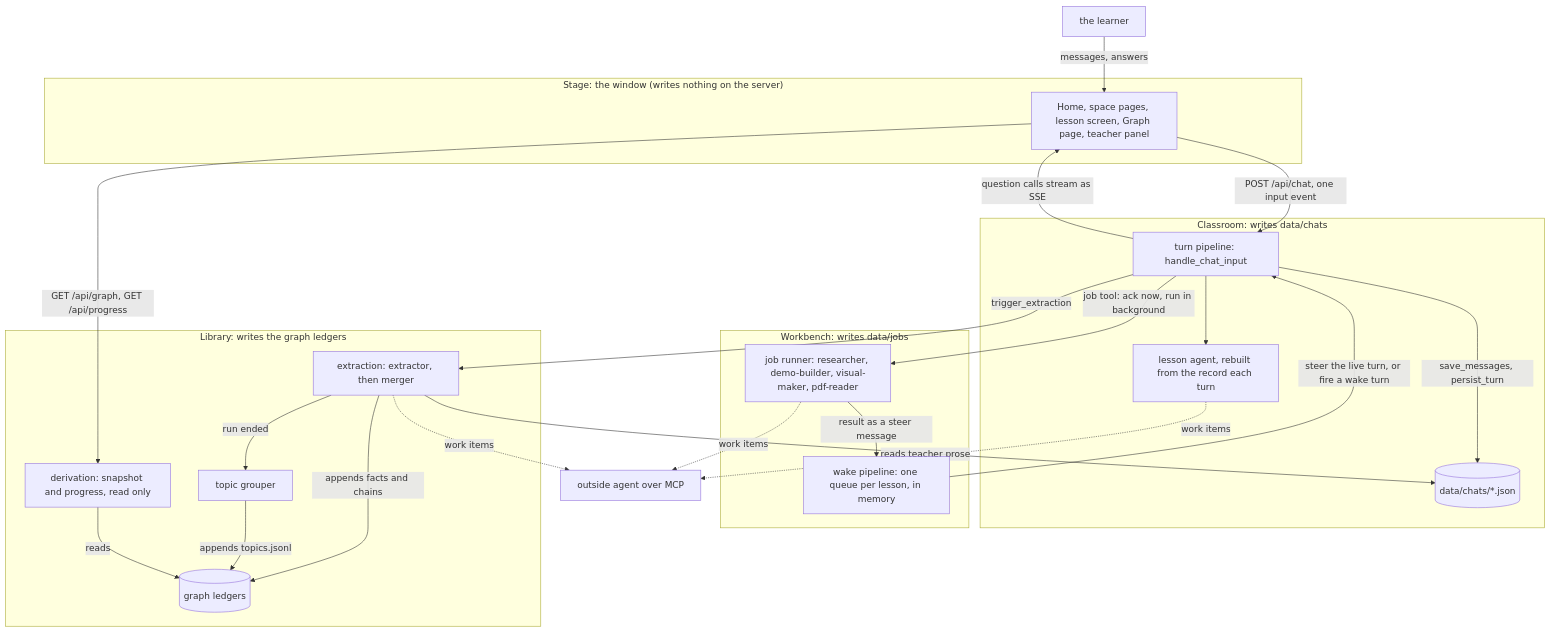
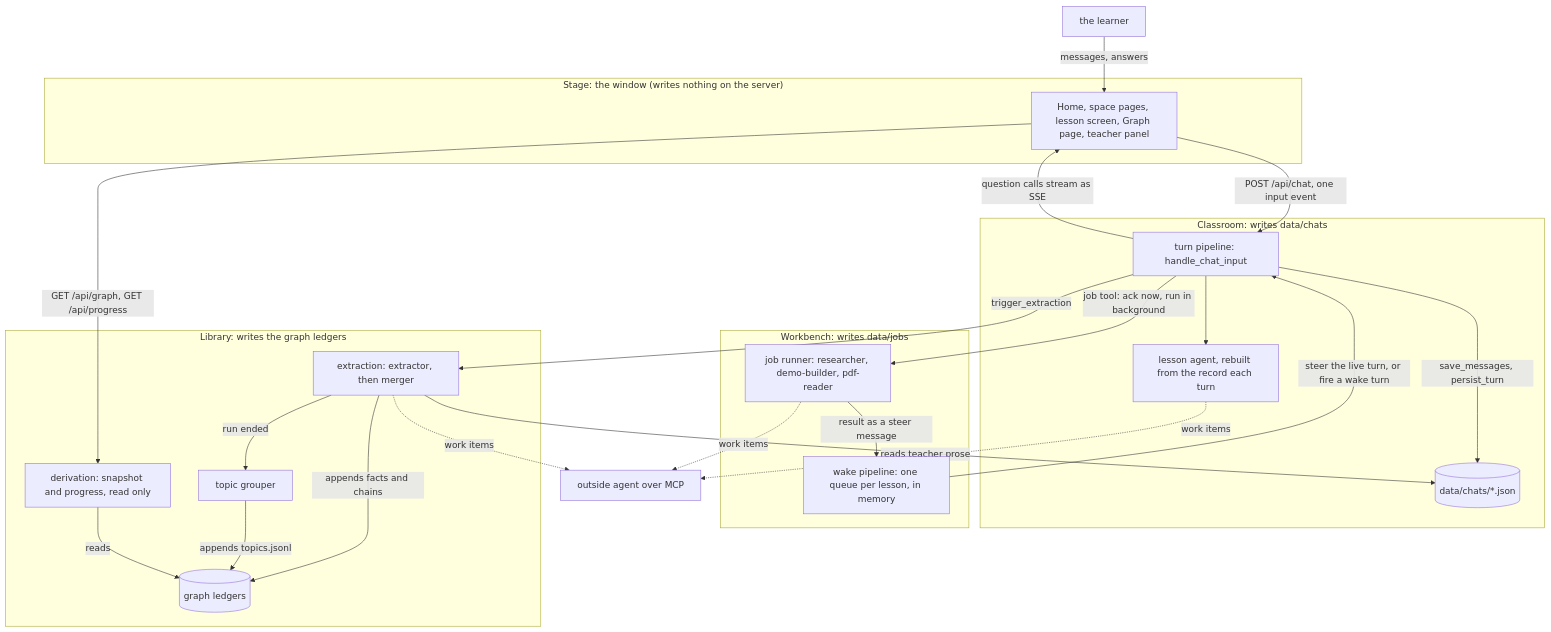
One commit to bayshores/godspeed changed the diagram in docs/architecture/04-how-the-systems-talk.md. Above: the diagram before and after it, drawn with Mermaid. The commit also changed 65 other files, not shown here.

````diff
--- a/docs/architecture/04-how-the-systems-talk.md
+++ b/docs/architecture/04-how-the-systems-talk.md
@@ -11,47 +11,47 @@
 ```mermaid
 flowchart TB
     LEARNER["the learner"]
 
     subgraph STAGE["Stage: the window (writes nothing on the server)"]
         UI["Home, space pages, lesson screen, Graph page, teacher panel"]
     end
 
     subgraph CLASSROOM["Classroom: writes data/chats"]
         TURN["turn pipeline: handle_chat_input"]
         AGENTS["lesson agent, rebuilt from the record each turn"]
         CHATS[("data/chats/*.json")]
     end
 
     subgraph WORKBENCH["Workbench: writes data/jobs"]
-        RUNNER["job runner: researcher, demo-builder, visual-maker, pdf-reader"]
+        RUNNER["job runner: researcher, demo-builder, pdf-reader"]
         WAKE["wake pipeline: one queue per lesson, in memory"]
     end
 
     subgraph LIBRARY["Library: writes the graph ledgers"]
         EXTRACT["extraction: extractor, then merger"]
         TOPICS["topic grouper"]
         DERIVE["derivation: snapshot and progress, read only"]
         LEDGERS[("graph ledgers")]
     end
 
     OUTSIDE["outside agent over MCP"]
 
     LEARNER -->|"messages, answers"| UI
     UI -->|"POST /api/chat, one input event"| TURN
     TURN --> AGENTS
     TURN -->|"question calls stream as SSE"| UI
     TURN -->|"save_messages, persist_turn"| CHATS
     TURN -->|"job tool: ack now, run in background"| RUNNER
     RUNNER -->|"result as a steer message"| WAKE
     WAKE -->|"steer the live turn, or fire a wake turn"| TURN
     TURN -->|"trigger_extraction"| EXTRACT
     EXTRACT -->|"reads teacher prose"| CHATS
     EXTRACT -->|"appends facts and chains"| LEDGERS
     EXTRACT -->|"run ended"| TOPICS
     TOPICS -->|"appends topics.jsonl"| LEDGERS
     DERIVE -->|"reads"| LEDGERS
     UI -->|"GET /api/graph, GET /api/progress"| DERIVE
     AGENTS -.->|"work items"| OUTSIDE
     RUNNER -.->|"work items"| OUTSIDE
     EXTRACT -.->|"work items"| OUTSIDE
 ```
````
